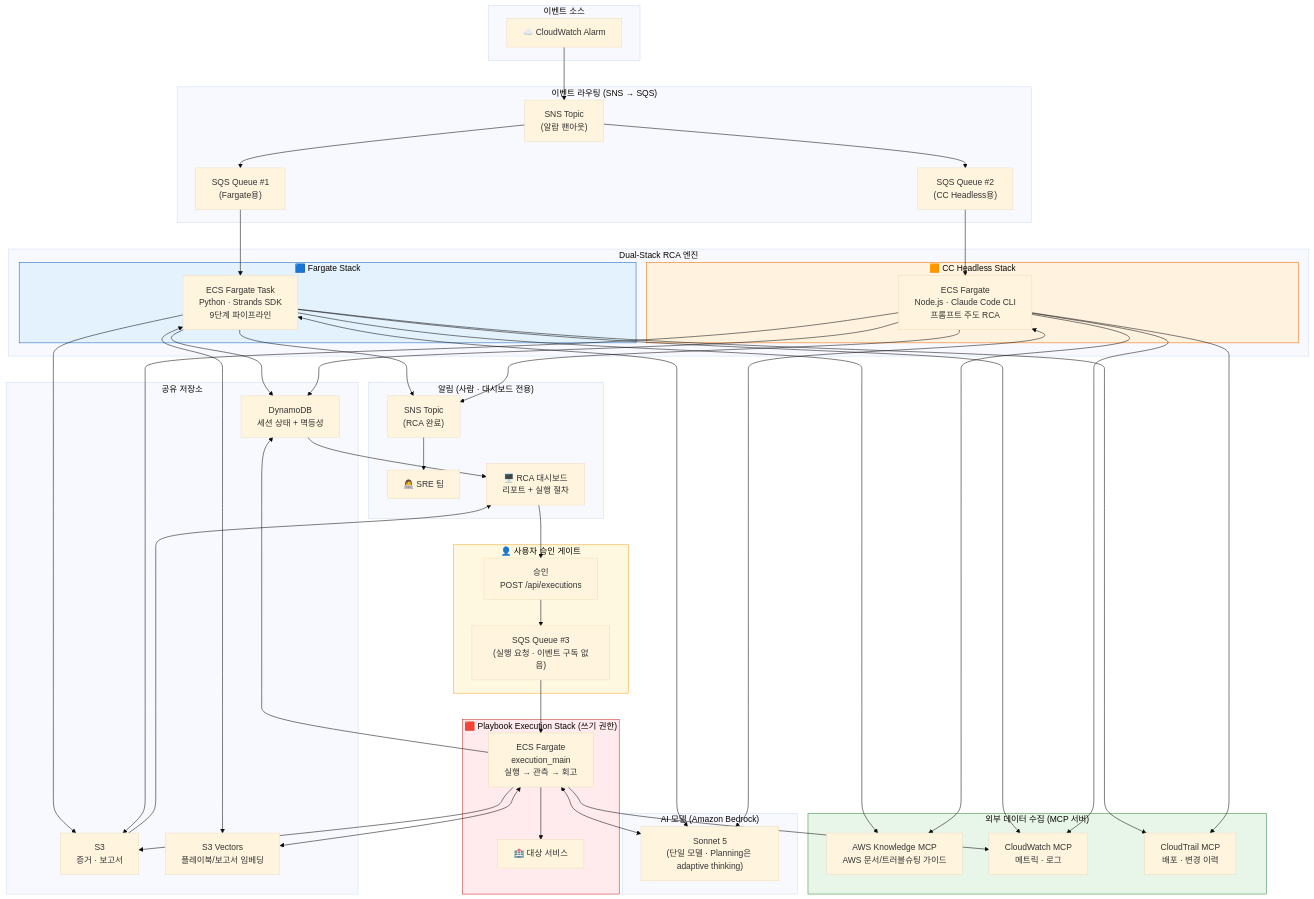
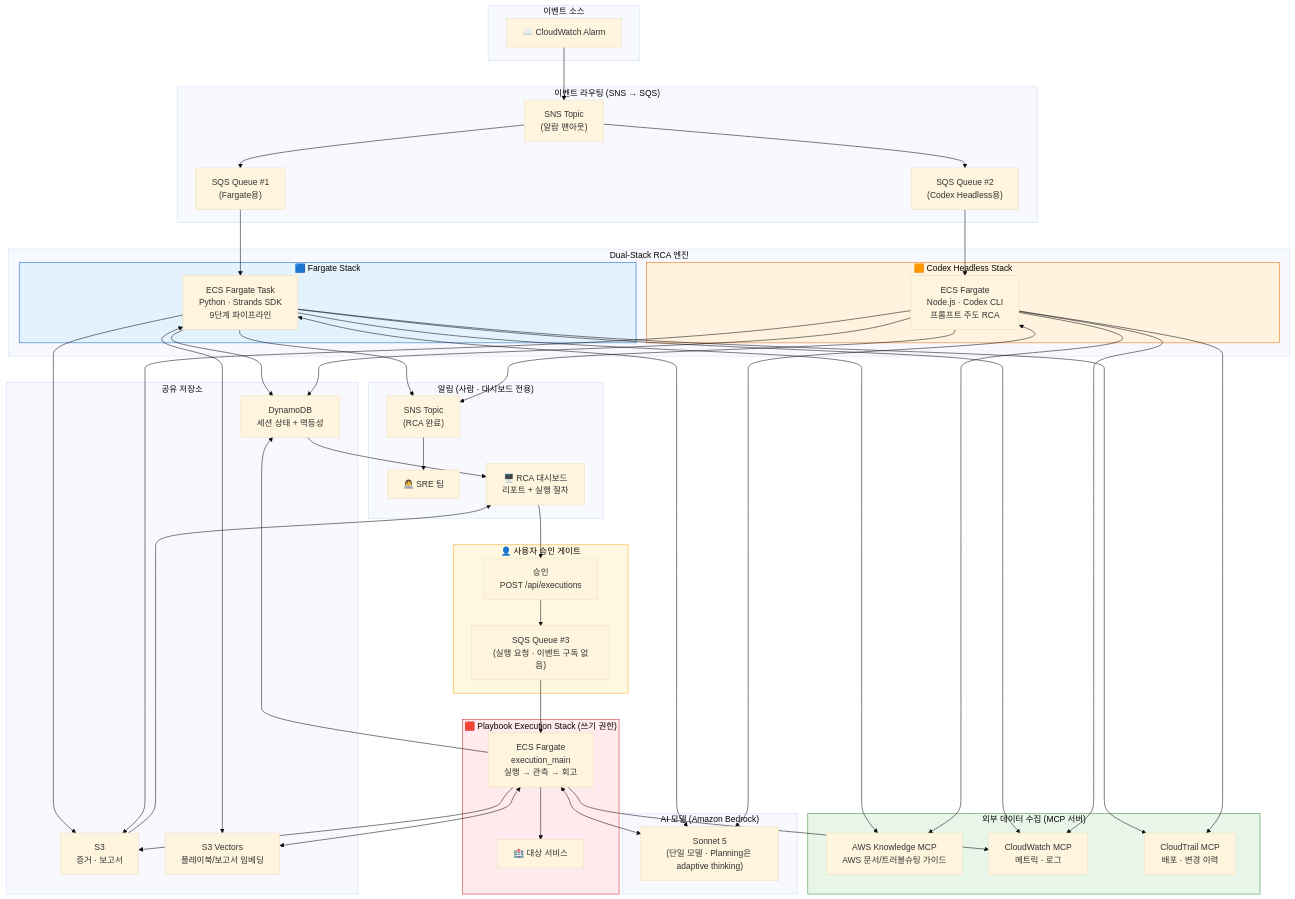
One commit to haandol/rca-agent changed the second of 25 diagrams in docs/system-guide-for-ops.md. Above: the diagram before and after it, drawn with Mermaid (base theme). The commit also changed other lines of this file and 306 other files, not shown here.

Commit message:
feat: replace headless CC with Codex on Bedrock

```diff
--- a/docs/system-guide-for-ops.md
+++ b/docs/system-guide-for-ops.md
@@ -60,15 +60,15 @@
     subgraph Routing["이벤트 라우팅 (SNS → SQS)"]
         SNS["SNS Topic<br/>(알람 팬아웃)"]
         SQS_F["SQS Queue #1<br/>(Fargate용)"]
-        SQS_L["SQS Queue #2<br/>(CC Headless용)"]
+        SQS_L["SQS Queue #2<br/>(Codex Headless용)"]
     end
 
     subgraph DualStack["Dual-Stack RCA 엔진"]
         subgraph FargateStack["🟦 Fargate Stack"]
             ECS["ECS Fargate Task<br/>Python · Strands SDK<br/>9단계 파이프라인"]
         end
-        subgraph CcHeadlessStack["🟧 CC Headless Stack"]
-            CCFARGATE["ECS Fargate<br/>Node.js · Claude Code CLI<br/>프롬프트 주도 RCA"]
+        subgraph CodexHeadlessStack["🟧 Codex Headless Stack"]
+            CCFARGATE["ECS Fargate<br/>Node.js · Codex CLI<br/>프롬프트 주도 RCA"]
         end
     end
 
@@ -141,7 +141,7 @@
     EXEC <--> S3V
 
     style FargateStack fill:#e3f2fd,stroke:#1565c0
-    style CcHeadlessStack fill:#fff3e0,stroke:#ef6c00
+    style CodexHeadlessStack fill:#fff3e0,stroke:#ef6c00
     style Tools fill:#e8f5e9,stroke:#388e3c
     style Gate fill:#fff8e1,stroke:#f9a825
     style ExecStack fill:#ffebee,stroke:#c62828
```
